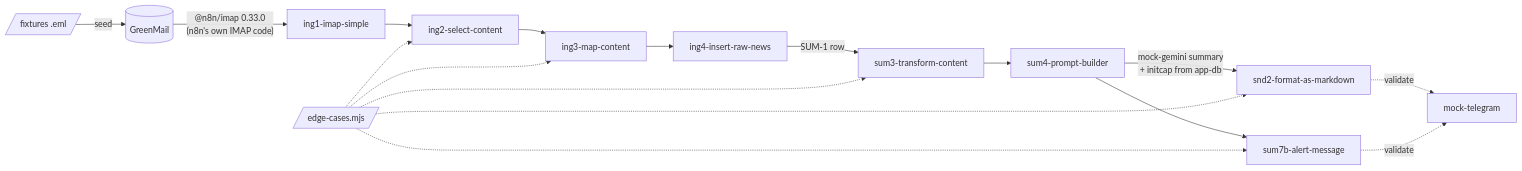
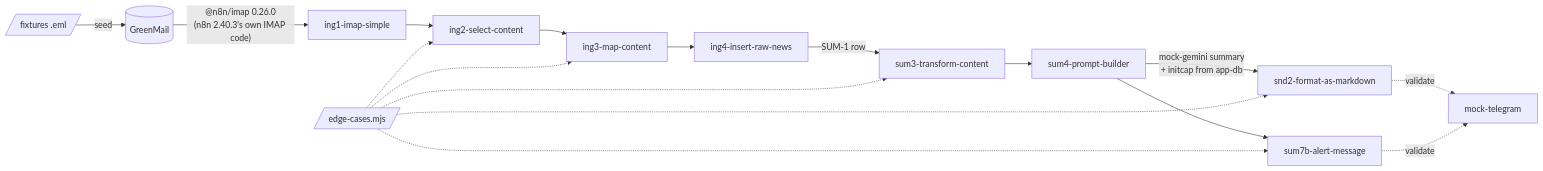
Before and after one commit to fbrcode/workflow-experiment: the diagram in docs/golden.md, drawn with Mermaid. The commit also changed other lines of this file and 17 other files, not shown here.

````diff
--- a/docs/golden.md
+++ b/docs/golden.md
@@ -8,11 +8,11 @@
 ```mermaid
 flowchart LR
   FX[/fixtures .eml/] -->|seed| GM[(GreenMail)]
-  GM -->|"@n8n/imap 0.33.0<br/>(n8n's own IMAP code)"| I1[ing1-imap-simple]
+  GM -->|"@n8n/imap 0.26.0<br/>(n8n 2.40.3's own IMAP code)"| I1[ing1-imap-simple]
   I1 --> I2[ing2-select-content] --> I3[ing3-map-content] --> I4[ing4-insert-raw-news]
   I4 -->|"SUM-1 row"| S3[sum3-transform-content] --> S4[sum4-prompt-builder]
   S4 --> S7[sum7b-alert-message]
   S4 -->|"mock-gemini summary<br/>+ initcap from app-db"| N2[snd2-format-as-markdown]
   E[/edge-cases.mjs/] -.-> I2 & I3 & S3 & N2 & S7
   N2 & S7 -.->|"validate"| TG[mock-telegram]
 ```
````
